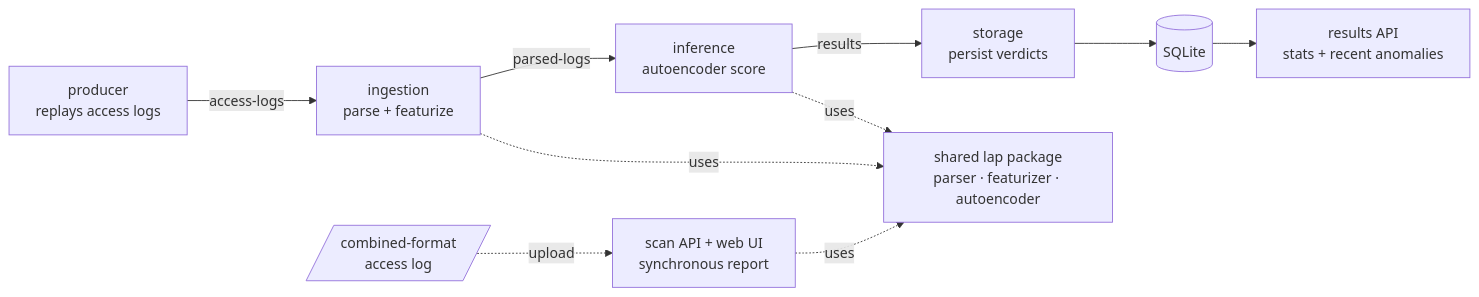
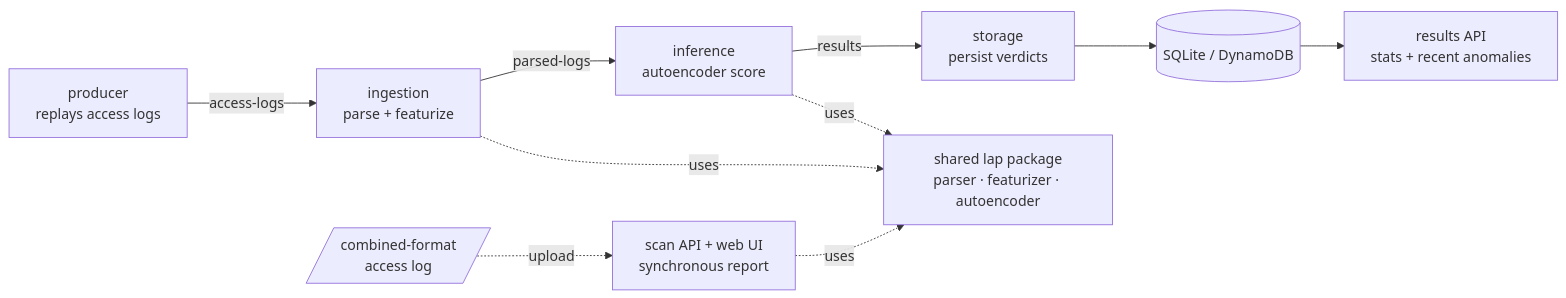
The diagram in README.md (abhishekjaden/log-anomaly-platform), drawn with Mermaid before and after one commit. The commit also changed other lines of this file and 3 other files, not shown here.

````diff
--- a/README.md
+++ b/README.md
@@ -18,15 +41,15 @@
 ```mermaid
 flowchart LR
     P[producer<br/>replays access logs] -->|access-logs| I[ingestion<br/>parse + featurize]
     I -->|parsed-logs| INF[inference<br/>autoencoder score]
     INF -->|results| S[storage<br/>persist verdicts]
-    S --> DB[(SQLite)]
+    S --> DB[(SQLite / DynamoDB)]
     DB --> RA[results API<br/>stats + recent anomalies]
 
     LOG[/combined-format<br/>access log/] -. upload .-> SCAN[scan API + web UI<br/>synchronous report]
 
     PA["shared lap package<br/>parser · featurizer · autoencoder"]
     I -. uses .-> PA
     INF -. uses .-> PA
     SCAN -. uses .-> PA
 ```
````
